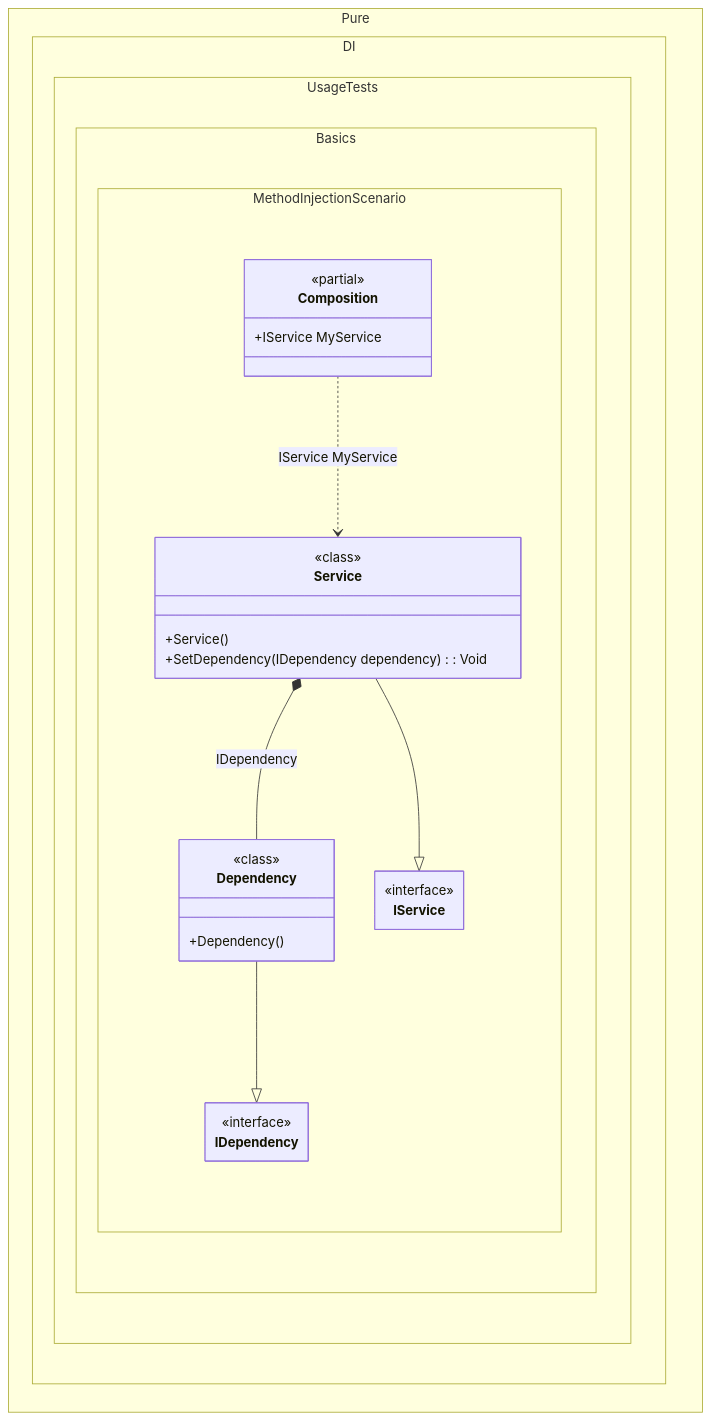
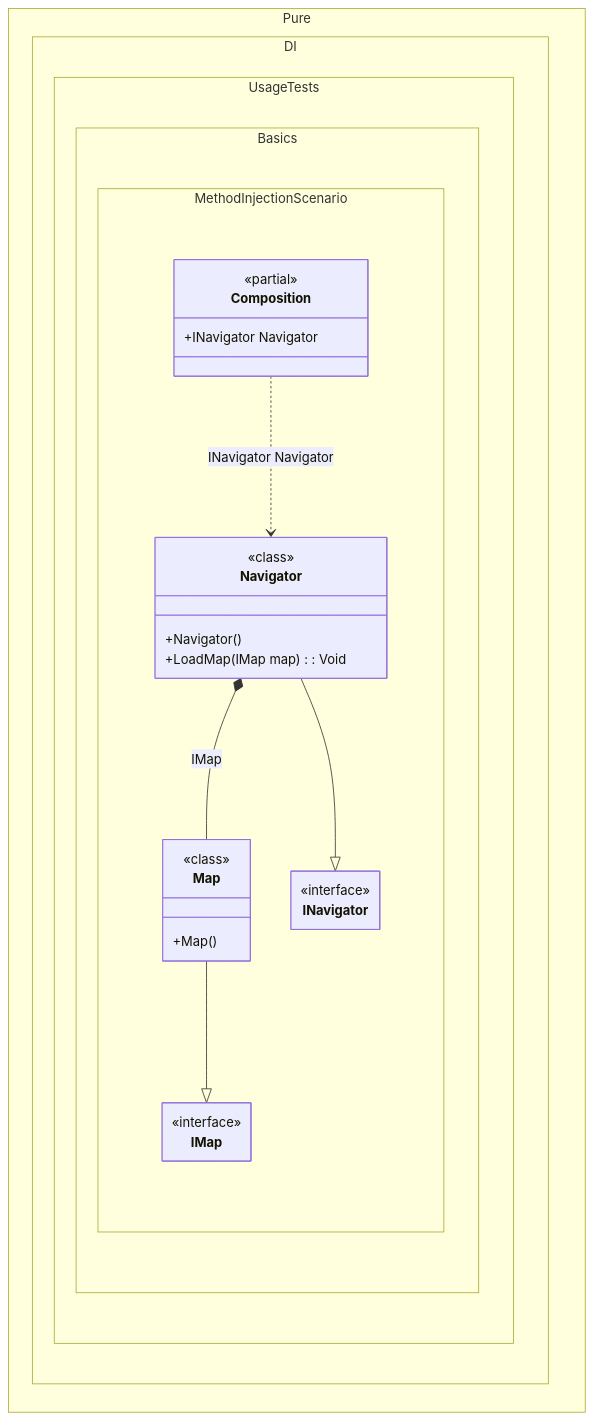
One commit to DevTeam/Pure.DI changed the diagram in readme/method-injection.md. Above: the diagram before and after it, drawn with Mermaid. The commit also changed other lines of this file and 126 other files, not shown here.

````diff
--- a/readme/method-injection.md
+++ b/readme/method-injection.md
@@ -104,35 +103,35 @@
 ```mermaid
 ---
  config:
   maxTextSize: 2147483647
   maxEdges: 2147483647
   class:
    hideEmptyMembersBox: true
 ---
 classDiagram
-	Dependency --|> IDependency
-	Service --|> IService
-	Composition ..> Service : IService MyService
-	Service *--  Dependency : IDependency
+	Map --|> IMap
+	Navigator --|> INavigator
+	Composition ..> Navigator : INavigator Navigator
+	Navigator *--  Map : IMap
 	namespace Pure.DI.UsageTests.Basics.MethodInjectionScenario {
 		class Composition {
 		<<partial>>
-		+IService MyService
+		+INavigator Navigator
 		}
-		class Dependency {
-				<<class>>
-			+Dependency()
-		}
-		class IDependency {
+		class IMap {
 			<<interface>>
 		}
-		class IService {
+		class INavigator {
 			<<interface>>
 		}
-		class Service {
+		class Map {
 				<<class>>
-			+Service()
-			+SetDependency(IDependency dependency) : Void
+			+Map()
+		}
+		class Navigator {
+				<<class>>
+			+Navigator()
+			+LoadMap(IMap map) : Void
 		}
 	}
 ```
````
